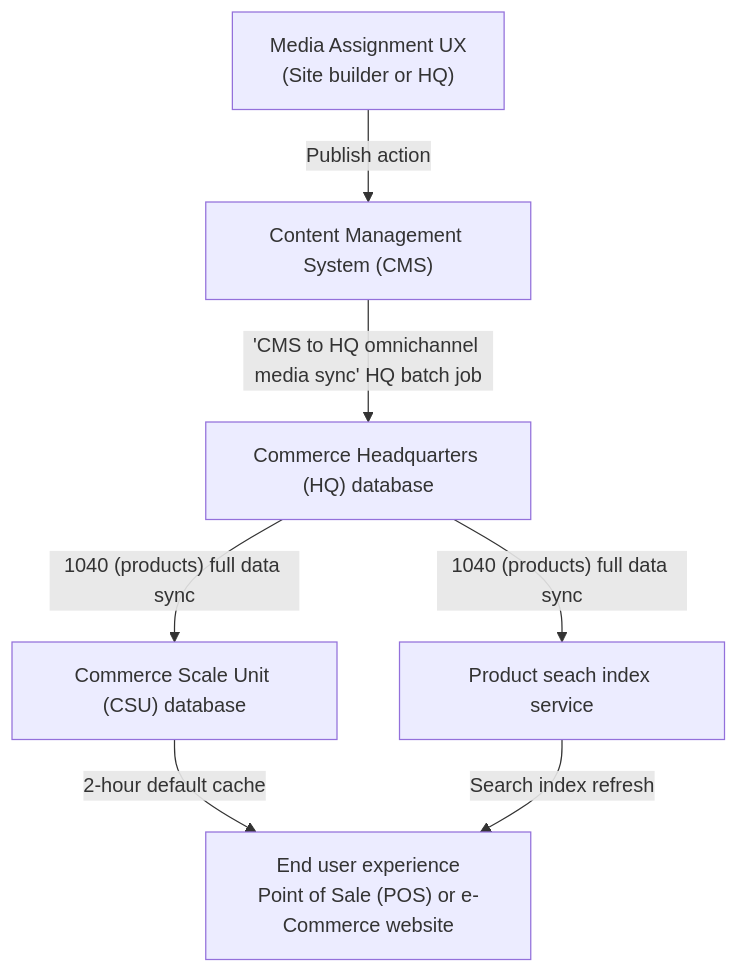
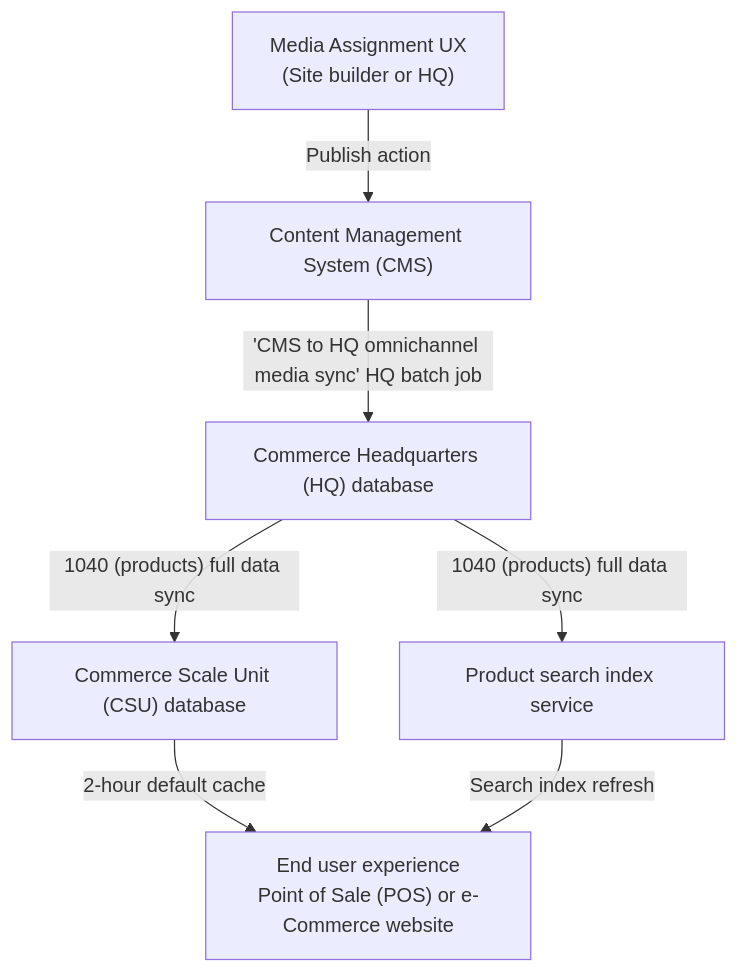
One commit to MicrosoftDocs/dynamics-365-unified-operations-public changed the third of 3 diagrams in articles/commerce/omnichannel-media-management/omnichannel-media-management-overview.md. Above: the diagram before and after it, drawn with Mermaid.

````diff
--- a/articles/commerce/omnichannel-media-management/omnichannel-media-management-overview.md
+++ b/articles/commerce/omnichannel-media-management/omnichannel-media-management-overview.md
@@ -246,9 +246,9 @@
 ```mermaid
 graph TD;
 A["Media Assignment UX<br>(Site builder or HQ)"]-->|Publish action|B["Content Management System (CMS)"];
 B-->|"'CMS to HQ omnichannel media sync' HQ batch job"|C["Commerce Headquarters (HQ) database"];
 C-->|"1040 (products) full data sync"|D["Commerce Scale Unit (CSU) database"];
-C-->|"1040 (products) full data sync"|E["Product seach index service"]
+C-->|"1040 (products) full data sync"|E["Product search index service"]
 D-->|"2-hour default cache"|F["End user experience<br>Point of Sale (POS) or e-Commerce website"]
 E-->|"Search index refresh"|F
 ```
````
